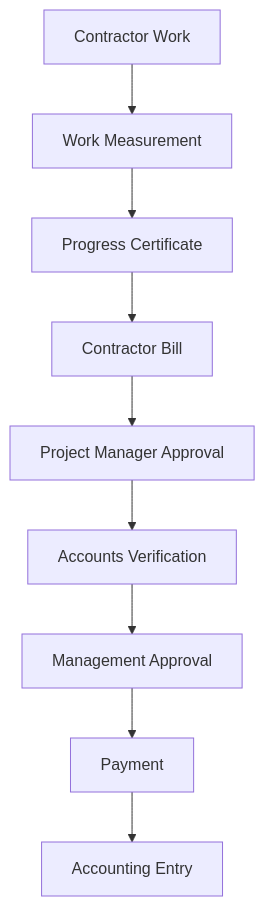
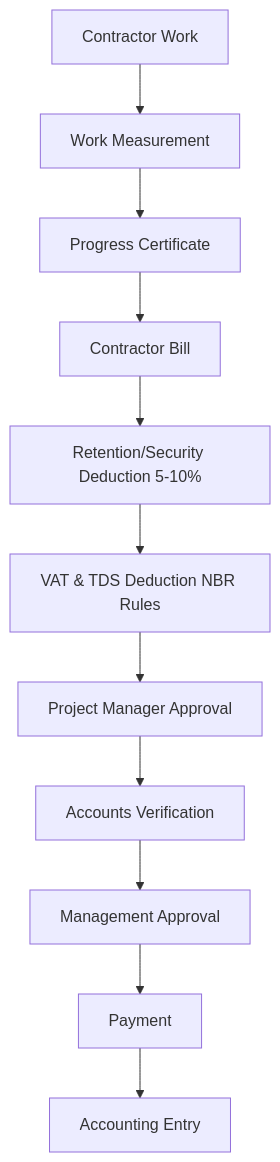
Before and after one commit to ikramuzzaman455173/real-estate-erp-docs: the second of 4 diagrams in docs/04-contractor-execution-costing.md, drawn with Mermaid. The commit also changed other lines of this file and 7 other files, not shown here.

````diff
--- a/docs/04-contractor-execution-costing.md
+++ b/docs/04-contractor-execution-costing.md
@@ -30,11 +30,13 @@
 ```mermaid
 graph TD
     Contractor_Work[Contractor Work] --> Work_Measurement[Work Measurement]
     Work_Measurement --> Progress_Certificate[Progress Certificate]
     Progress_Certificate --> Contractor_Bill[Contractor Bill]
-    Contractor_Bill --> PM_Approval[Project Manager Approval]
+    Contractor_Bill --> Retention_Money[Retention/Security Deduction 5-10%]
+    Retention_Money --> Tax_VAT[VAT & TDS Deduction NBR Rules]
+    Tax_VAT --> PM_Approval[Project Manager Approval]
     PM_Approval --> Accounts_Verification[Accounts Verification]
     Accounts_Verification --> Management_Approval[Management Approval]
     Management_Approval --> Payment
     Payment --> Accounting_Entry[Accounting Entry]
 ```
````
